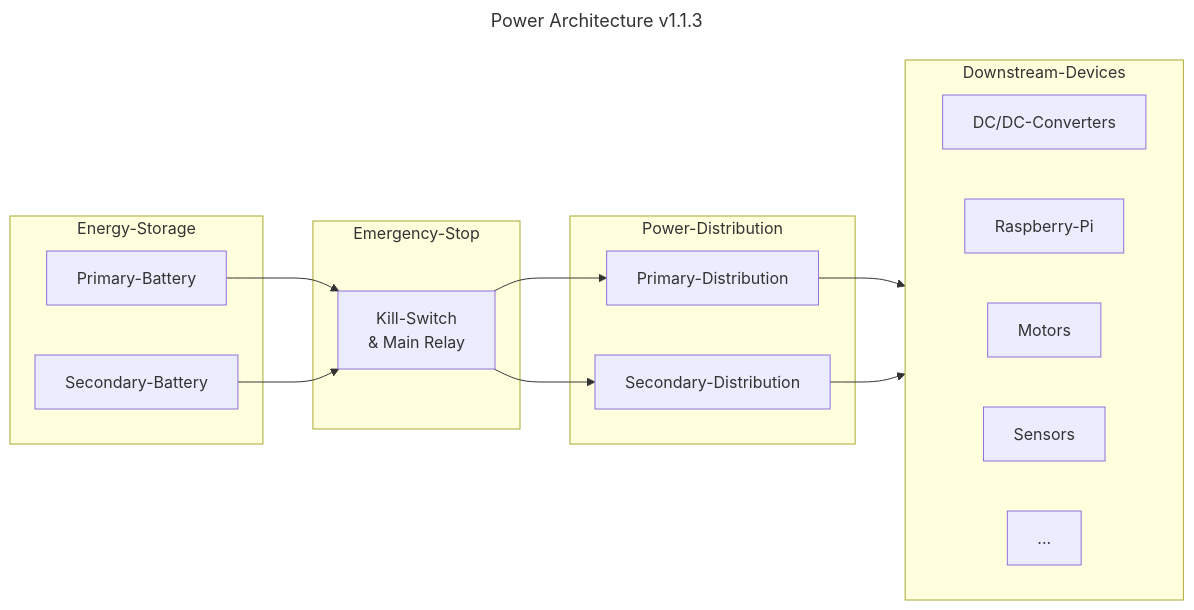
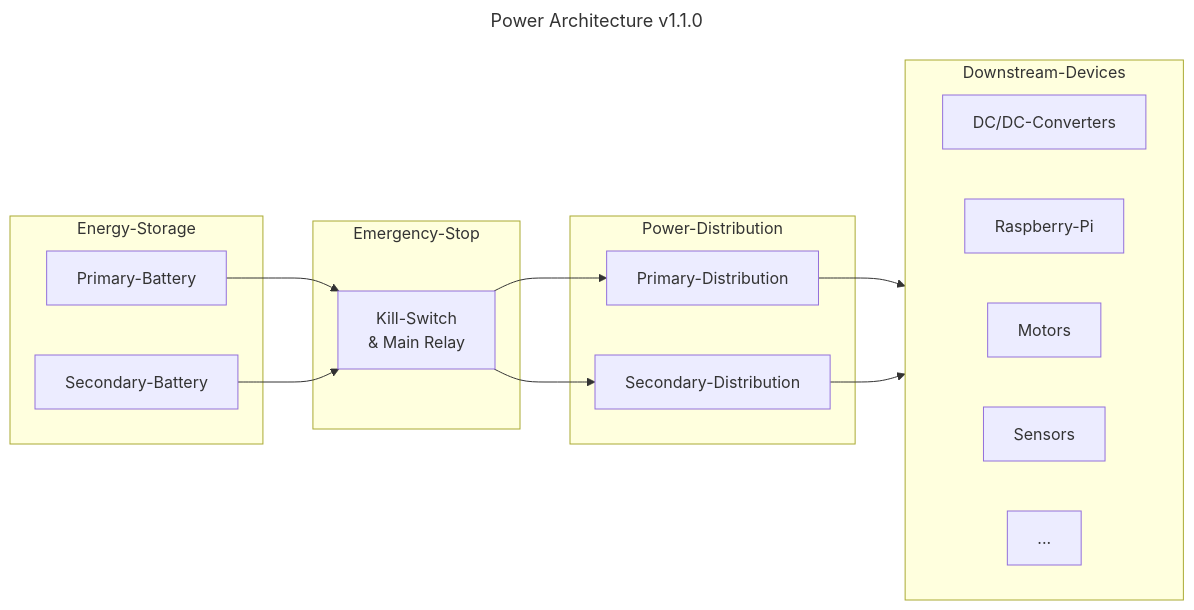
Before and after one commit to RWU-R2M/PE: the diagram in hardware/power-architecture.mmd, drawn with Mermaid.

Commit message:
fixed typo, still PA of v1.1.0

```diff
--- a/hardware/power-architecture.mmd
+++ b/hardware/power-architecture.mmd
@@ -1,32 +1,32 @@
 ---
-title: "Power Architecture v1.1.3"
+title: "Power Architecture v1.1.0"
 ---
-%% v1.1.3
+%% v1.1.0
 
 graph LR
 
 subgraph Energy-Storage
 Primary-Battery
 Secondary-Battery
 end
 
 Primary-Battery & Secondary-Battery --> ES
 subgraph Emergency-Stop
 ES[Kill-Switch \n & Main Relay]
 end
 
 ES --> Primary-Distribution & Secondary-Distribution
 subgraph Power-Distribution
 Primary-Distribution
 Secondary-Distribution
 end
 
 Primary-Distribution & Secondary-Distribution --> Downstream-Devices
 subgraph Downstream-Devices
 direction LR
 DC/DC-Converters
 Raspberry-Pi
 Motors
 Sensors
 ...
 end
```
